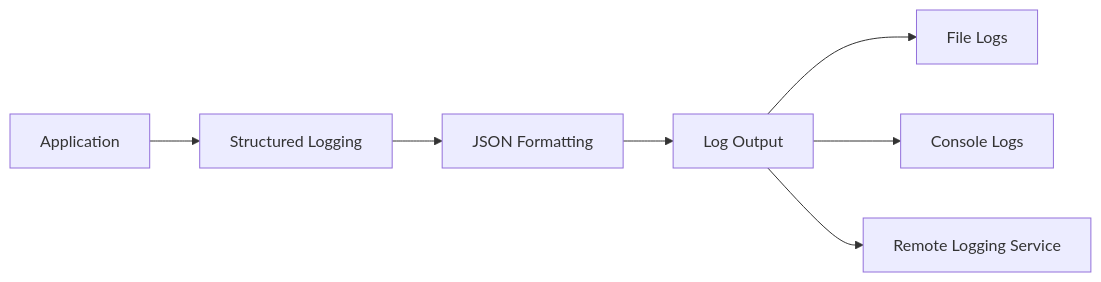
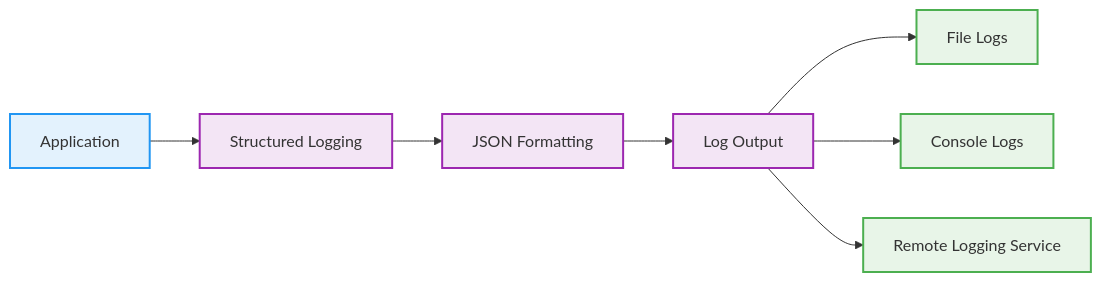
One commit to renz-adarayan/ingenious changed the sixth of 8 diagrams in docs/architecture.md. Above: the diagram before and after it, drawn with Mermaid. The commit also changed other lines of this file and 8 other files, not shown here.

````diff
--- a/docs/architecture.md
+++ b/docs/architecture.md
@@ -291,10 +307,18 @@
 ```mermaid
-graph LR
-    APP[Application] --> STRUCT_LOG[Structured Logging]
-    STRUCT_LOG --> FORMAT[JSON Formatting]
-    FORMAT --> OUTPUT[Log Output]
+flowchart LR
+    APP["Application"] --> STRUCT_LOG["Structured Logging"]
+    STRUCT_LOG --> FORMAT["JSON Formatting"]
+    FORMAT --> OUTPUT["Log Output"]
 
-    OUTPUT --> FILE[File Logs]
-    OUTPUT --> CONSOLE[Console Logs]
-    OUTPUT --> REMOTE[Remote Logging Service]
+    OUTPUT --> FILE["File Logs"]
+    OUTPUT --> CONSOLE["Console Logs"]
+    OUTPUT --> REMOTE["Remote Logging Service"]
+
+    classDef app fill:#e3f2fd,stroke:#2196f3,stroke-width:2px
+    classDef process fill:#f3e5f5,stroke:#9c27b0,stroke-width:2px
+    classDef output fill:#e8f5e8,stroke:#4caf50,stroke-width:2px
+
+    class APP app
+    class STRUCT_LOG,FORMAT,OUTPUT process
+    class FILE,CONSOLE,REMOTE output
 ```
````
